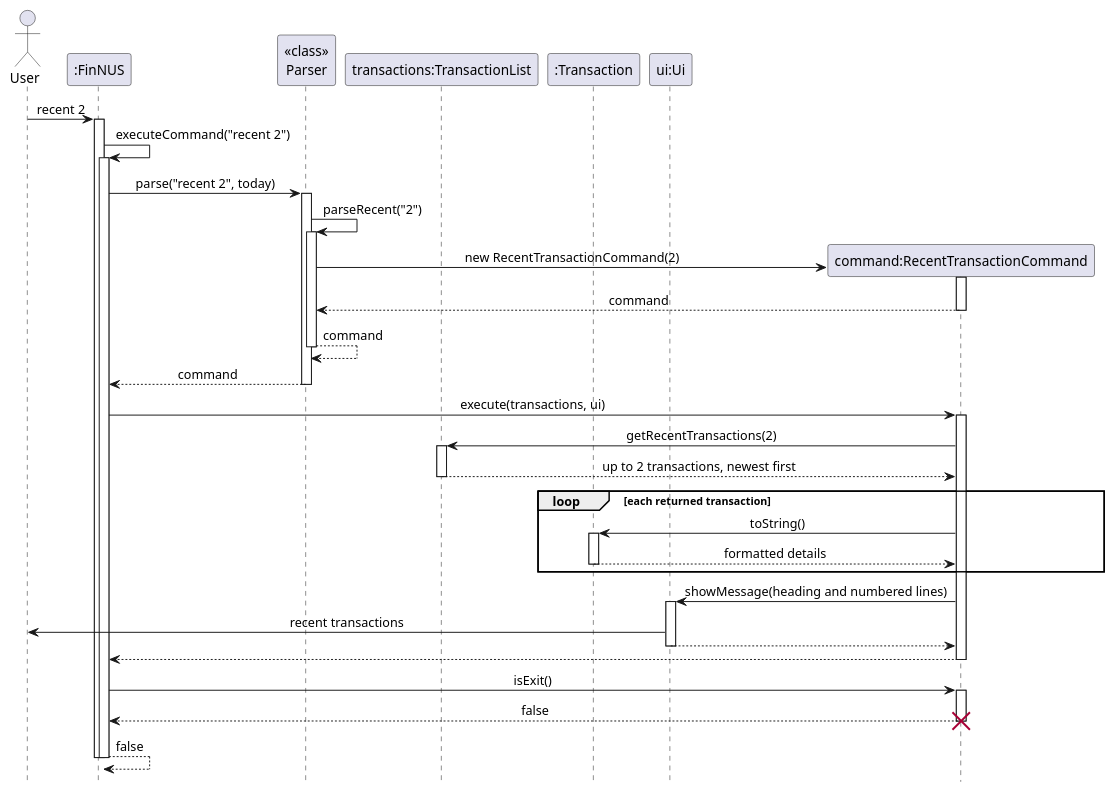
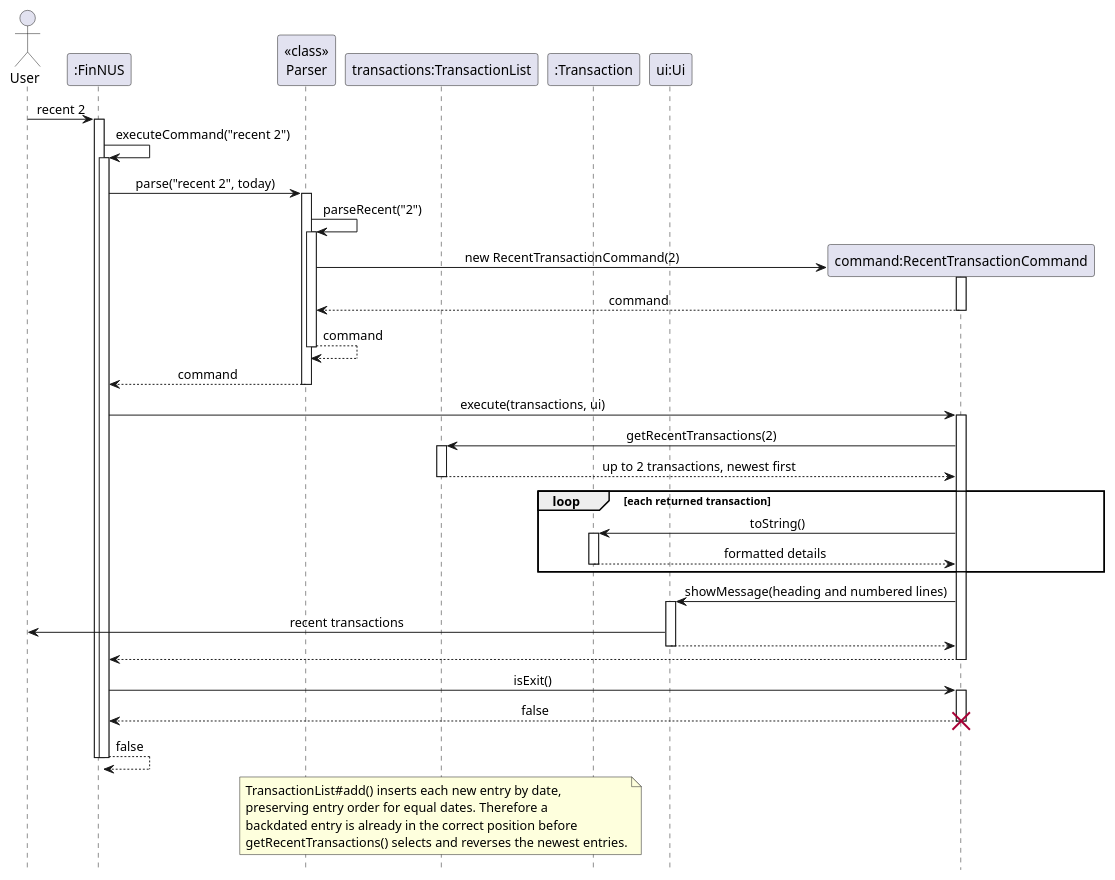
The diagram in docs/diagrams/RecentSequenceDiagram.puml (AY2627S1-CS2113-W13-2/tp), drawn with PlantUML before and after one commit. The commit also changed 8 other files, not shown here.

Commit message:
Update diagrams

```diff
--- a/docs/diagrams/RecentSequenceDiagram.puml
+++ b/docs/diagrams/RecentSequenceDiagram.puml
@@ -1,61 +1,70 @@
 @startuml RecentCommandSequenceDiagram
 ' Sequence diagram for "recent 2".
 ' Logging, allowance crediting, the ledger state check and saving are left out.
 hide footbox
 skinparam shadowing false
 skinparam sequenceMessageAlign center
 
 actor User
 participant ":FinNUS" as FinNUS
 participant "<<class>>\nParser" as Parser
 participant "transactions:TransactionList" as Ledger
 participant ":Transaction" as Transaction
 participant "ui:Ui" as Ui
 
 User -> FinNUS : recent 2
 activate FinNUS
 FinNUS -> FinNUS : executeCommand("recent 2")
 activate FinNUS
 FinNUS -> Parser : parse("recent 2", today)
 activate Parser
 Parser -> Parser : parseRecent("2")
 activate Parser
 create "command:RecentTransactionCommand" as Recent
 Parser -> Recent : new RecentTransactionCommand(2)
 activate Recent
 Recent --> Parser : command
 deactivate Recent
 Parser --> Parser : command
 deactivate Parser
 Parser --> FinNUS : command
 deactivate Parser
 
 FinNUS -> Recent : execute(transactions, ui)
 activate Recent
 Recent -> Ledger : getRecentTransactions(2)
 activate Ledger
 Ledger --> Recent : up to 2 transactions, newest first
 deactivate Ledger
 loop each returned transaction
     Recent -> Transaction : toString()
     activate Transaction
     Transaction --> Recent : formatted details
     deactivate Transaction
 end
 Recent -> Ui : showMessage(heading and numbered lines)
 activate Ui
 Ui -> User : recent transactions
 Ui --> Recent
 deactivate Ui
 Recent --> FinNUS
 deactivate Recent
 
 FinNUS -> Recent : isExit()
 activate Recent
 Recent --> FinNUS : false
 deactivate Recent
 destroy Recent
 FinNUS --> FinNUS : false
 deactivate FinNUS
 deactivate FinNUS
+
+' @@author lololol8484
+note over Ledger
+    TransactionList#add() inserts each new entry by date,
+    preserving entry order for equal dates. Therefore a
+    backdated entry is already in the correct position before
+    getRecentTransactions() selects and reverses the newest entries.
+end note
+' @@author
 @enduml
```
